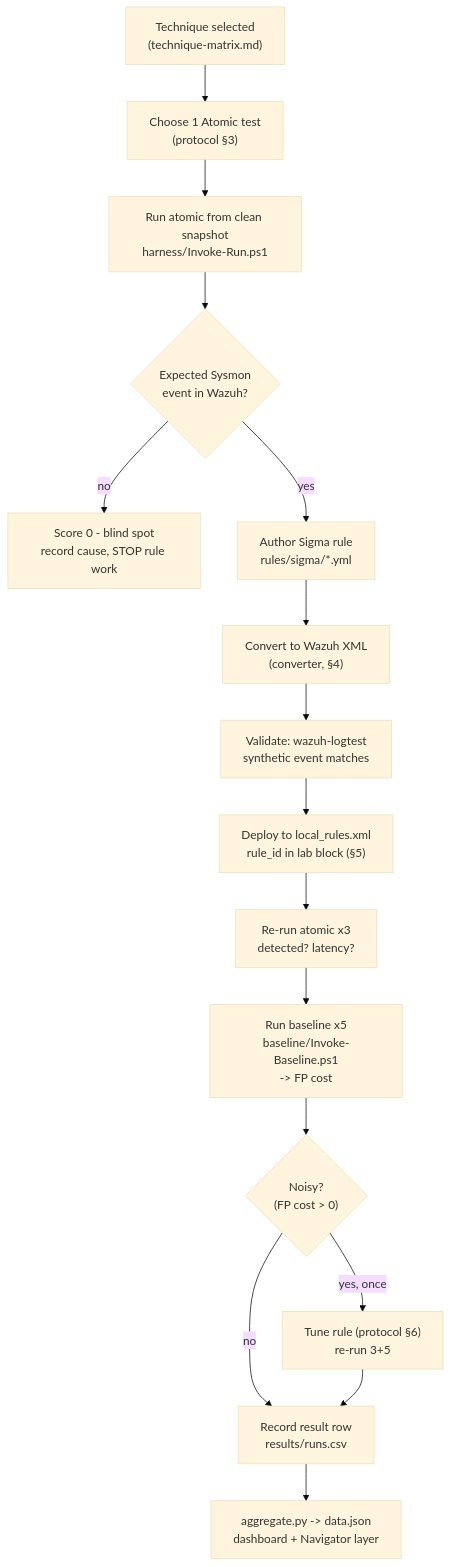
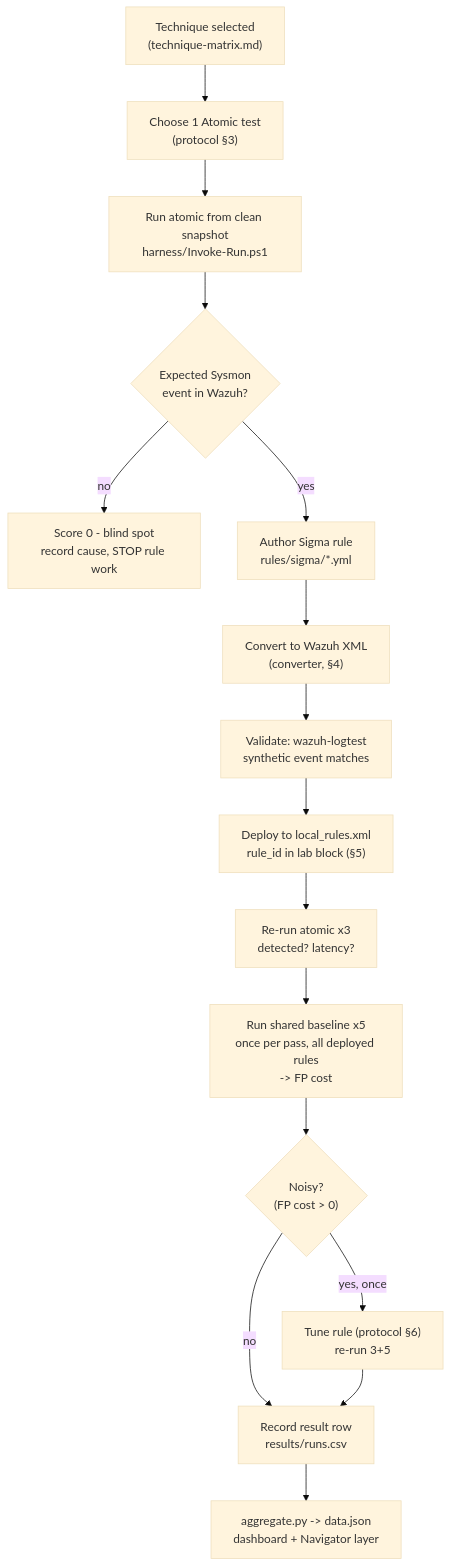
One commit to slaing21/detection-as-code-lab changed the second of 2 diagrams in docs/design-spec.md. Above: the diagram before and after it, drawn with Mermaid (base theme). The commit also changed other lines of this file and 12 other files, not shown here.

Commit message:
Apply M2 review fixes: T1112 tactic, partial detection scoring, shared baseline, pinned versions, sources

````diff
--- a/docs/design-spec.md
+++ b/docs/design-spec.md
@@ -41,18 +41,18 @@
 ```mermaid
 flowchart TD
     A["Technique selected<br/>(technique-matrix.md)"] --> B["Choose 1 Atomic test<br/>(protocol §3)"]
     B --> C["Run atomic from clean snapshot<br/>harness/Invoke-Run.ps1"]
     C --> D{"Expected Sysmon<br/>event in Wazuh?"}
     D -- no --> E["Score 0 - blind spot<br/>record cause, STOP rule work"]
     D -- yes --> F["Author Sigma rule<br/>rules/sigma/*.yml"]
     F --> G["Convert to Wazuh XML<br/>(converter, §4)"]
     G --> H["Validate: wazuh-logtest<br/>synthetic event matches"]
     H --> I["Deploy to local_rules.xml<br/>rule_id in lab block (§5)"]
     I --> J["Re-run atomic x3<br/>detected? latency?"]
-    J --> K["Run baseline x5<br/>baseline/Invoke-Baseline.ps1<br/>-> FP cost"]
+    J --> K["Run shared baseline x5<br/>once per pass, all deployed rules<br/>-> FP cost"]
     K --> L{"Noisy?<br/>(FP cost > 0)"}
     L -- yes, once --> M["Tune rule (protocol §6)<br/>re-run 3+5"]
     L -- no --> N["Record result row <br/>results/runs.csv"]
     M --> N
     N --> O["aggregate.py -> data.json<br/>dashboard + Navigator layer"]
 ```
````
